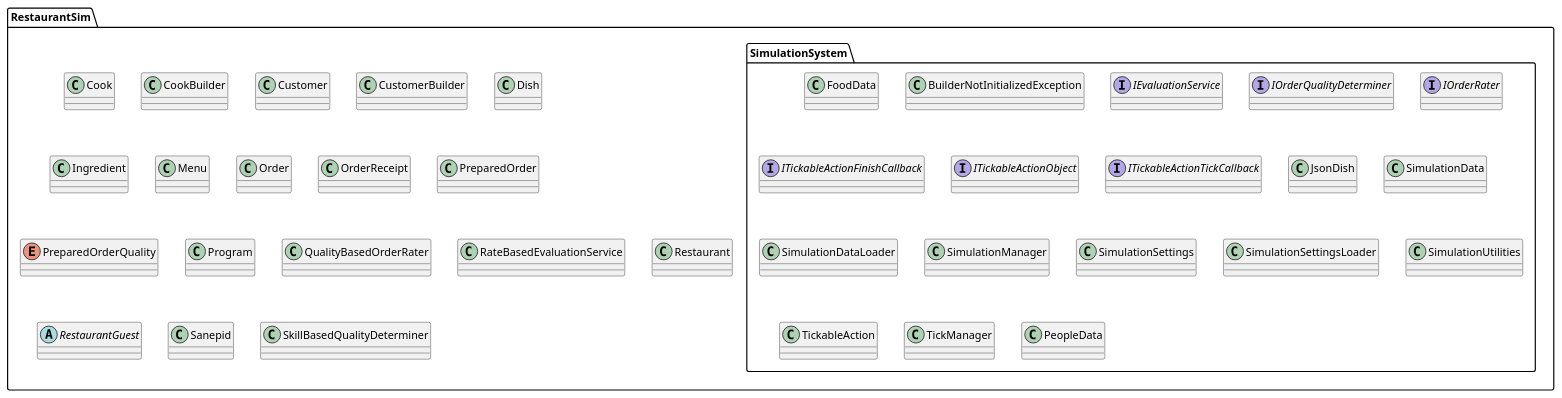
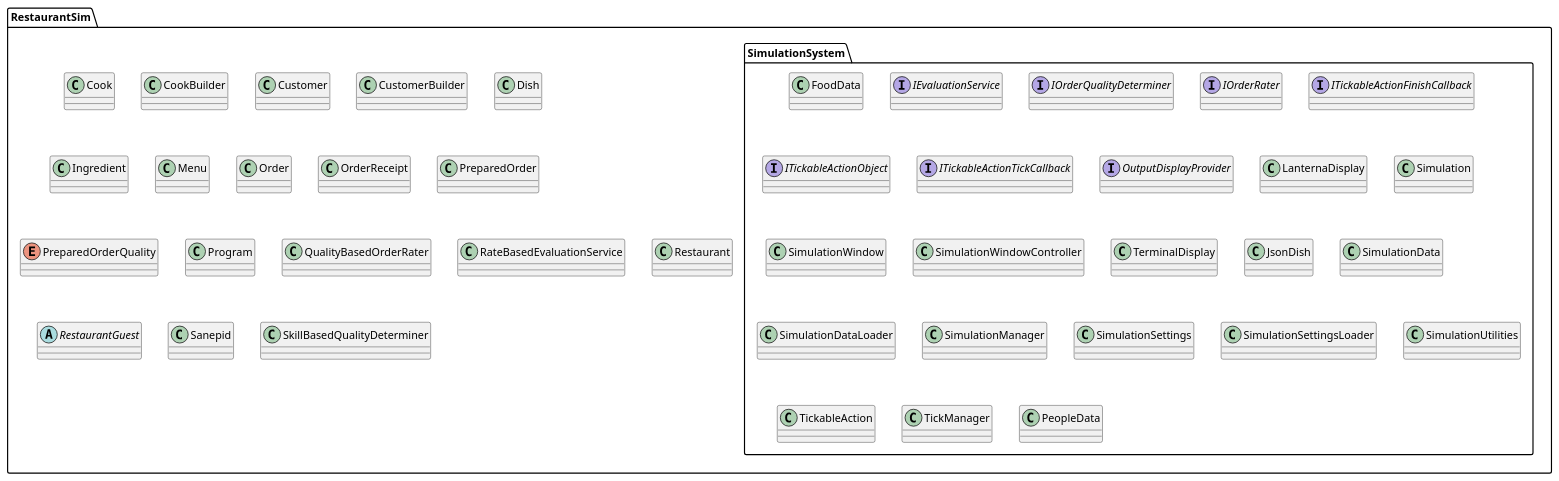
The diagram in src/main/java/RestaurantSim/class_diagram.puml (koxx4/RestaurantSim), drawn with PlantUML before and after one commit.

Commit message:
Updated class diagram

```diff
--- a/src/main/java/RestaurantSim/class_diagram.puml
+++ b/src/main/java/RestaurantSim/class_diagram.puml
@@ -1,46 +1,51 @@
 @startuml
 package "RestaurantSim.SimulationSystem"{
     class FoodData
-    class BuilderNotInitializedException
     interface IEvaluationService
     interface IOrderQualityDeterminer
     interface IOrderRater
     interface ITickableActionFinishCallback
     interface ITickableActionObject
     interface ITickableActionTickCallback
+    interface OutputDisplayProvider
+    class LanternaDisplay
+    class Simulation
+    class SimulationWindow
+    class SimulationWindowController
+    class TerminalDisplay
     class JsonDish
     class SimulationData
     class SimulationDataLoader
     class SimulationManager
     class SimulationSettings
     class SimulationSettingsLoader
     class SimulationUtilities
     class TickableAction
     class TickManager
     class PeopleData
 }
 
 package "RestaurantSim"{
     class Cook
     class CookBuilder
     class Customer
     class CustomerBuilder
     class Dish
     class Ingredient
     class Menu
     class Order
     class OrderReceipt
     class PreparedOrder
     enum PreparedOrderQuality
     class Program
     class QualityBasedOrderRater
     class RateBasedEvaluationService
     class Restaurant
     abstract class RestaurantGuest
     class Sanepid
     class SkillBasedQualityDeterminer
 
 }
 
 
 @enduml
```
